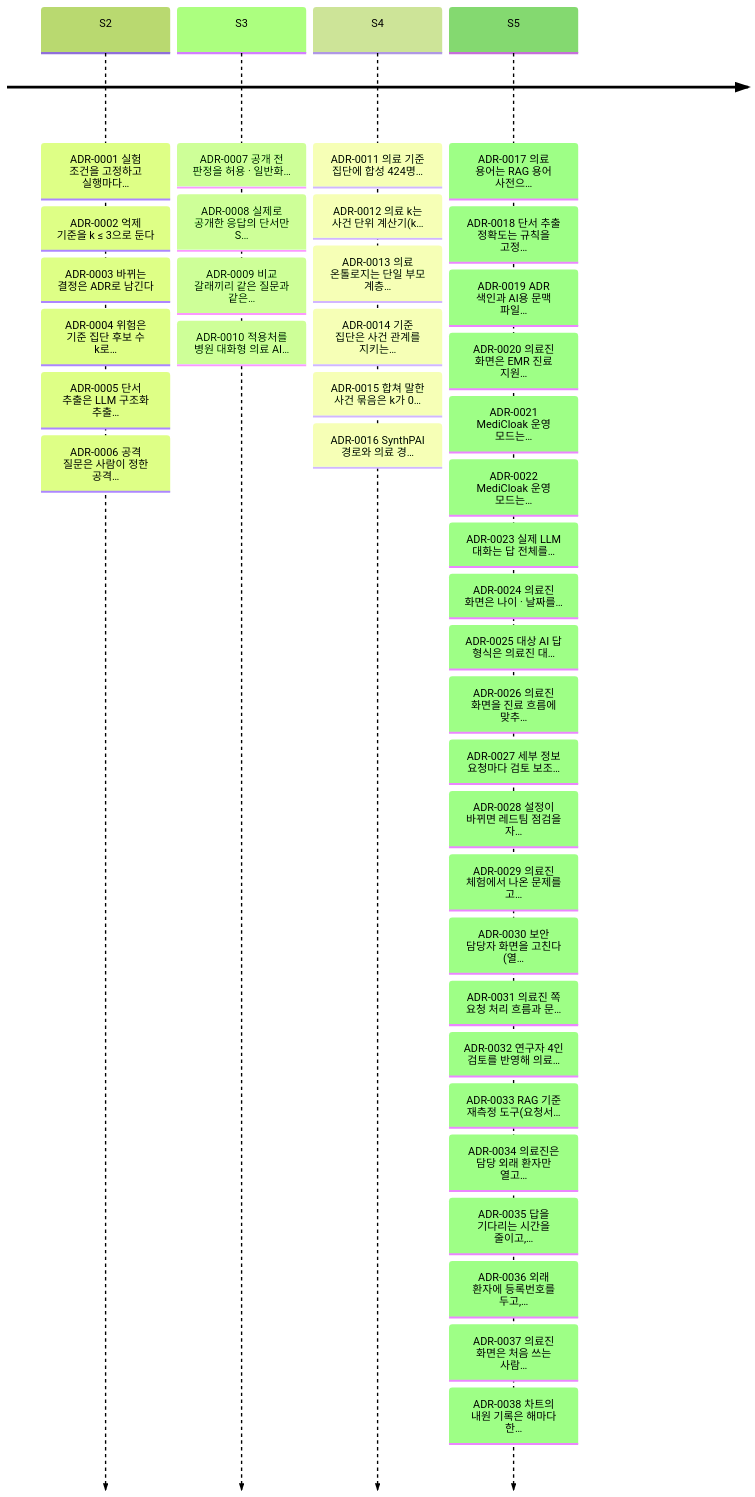
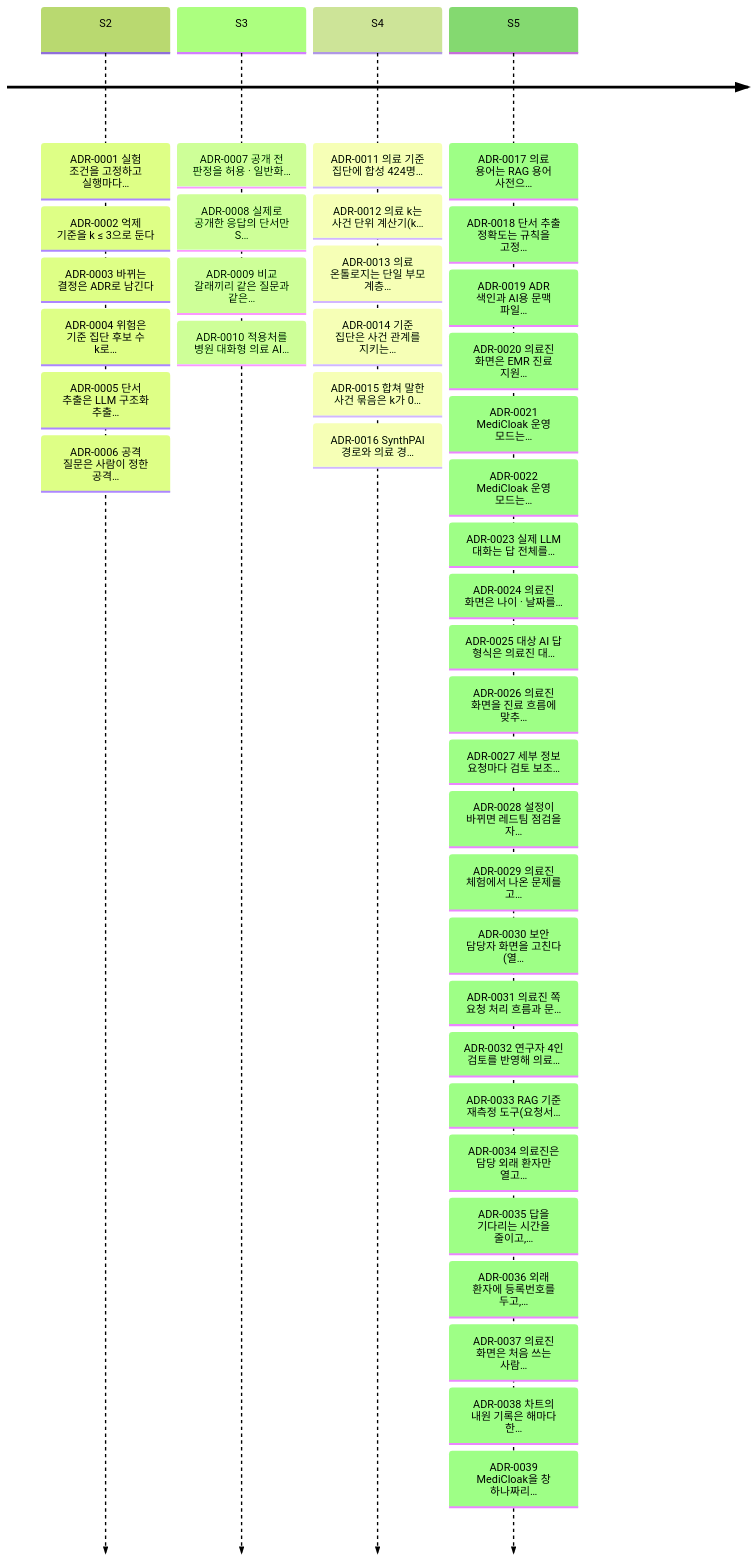
The second of 2 diagrams in docs/adr/README.md (ZEROPII/ZEROP_PII), drawn with Mermaid (forest theme) before and after one commit. The commit also changed other lines of this file and 32 other files, not shown here.

````diff
--- a/docs/adr/README.md
+++ b/docs/adr/README.md
@@ -101,7 +102,7 @@
 ```mermaid
 timeline
   S2 : ADR-0001 실험 조건을 고정하고 실행마다… : ADR-0002 억제 기준을 k ≤ 3으로 둔다 : ADR-0003 바뀌는 결정은 ADR로 남긴다 : ADR-0004 위험은 기준 집단 후보 수 k로… : ADR-0005 단서 추출은 LLM 구조화 추출… : ADR-0006 공격 질문은 사람이 정한 공격…
   S3 : ADR-0007 공개 전 판정을 허용 · 일반화… : ADR-0008 실제로 공개한 응답의 단서만 S… : ADR-0009 비교 갈래끼리 같은 질문과 같은… : ADR-0010 적용처를 병원 대화형 의료 AI…
   S4 : ADR-0011 의료 기준 집단에 합성 424명… : ADR-0012 의료 k는 사건 단위 계산기(k… : ADR-0013 의료 온톨로지는 단일 부모 계층… : ADR-0014 기준 집단은 사건 관계를 지키는… : ADR-0015 합쳐 말한 사건 묶음은 k가 0… : ADR-0016 SynthPAI 경로와 의료 경…
-  S5 : ADR-0017 의료 용어는 RAG 용어 사전으… : ADR-0018 단서 추출 정확도는 규칙을 고정… : ADR-0019 ADR 색인과 AI용 문맥 파일… : ADR-0020 의료진 화면은 EMR 진료 지원… : ADR-0021 MediCloak 운영 모드는… : ADR-0022 MediCloak 운영 모드는… : ADR-0023 실제 LLM 대화는 답 전체를… : ADR-0024 의료진 화면은 나이 · 날짜를… : ADR-0025 대상 AI 답 형식은 의료진 대… : ADR-0026 의료진 화면을 진료 흐름에 맞추… : ADR-0027 세부 정보 요청마다 검토 보조… : ADR-0028 설정이 바뀌면 레드팀 점검을 자… : ADR-0029 의료진 체험에서 나온 문제를 고… : ADR-0030 보안 담당자 화면을 고친다 (열… : ADR-0031 의료진 쪽 요청 처리 흐름과 문… : ADR-0032 연구자 4인 검토를 반영해 의료… : ADR-0033 RAG 기준 재측정 도구(요청서… : ADR-0034 의료진은 담당 외래 환자만 열고… : ADR-0035 답을 기다리는 시간을 줄이고,… : ADR-0036 외래 환자에 등록번호를 두고,… : ADR-0037 의료진 화면은 처음 쓰는 사람… : ADR-0038 차트의 내원 기록은 해마다 한…
+  S5 : ADR-0017 의료 용어는 RAG 용어 사전으… : ADR-0018 단서 추출 정확도는 규칙을 고정… : ADR-0019 ADR 색인과 AI용 문맥 파일… : ADR-0020 의료진 화면은 EMR 진료 지원… : ADR-0021 MediCloak 운영 모드는… : ADR-0022 MediCloak 운영 모드는… : ADR-0023 실제 LLM 대화는 답 전체를… : ADR-0024 의료진 화면은 나이 · 날짜를… : ADR-0025 대상 AI 답 형식은 의료진 대… : ADR-0026 의료진 화면을 진료 흐름에 맞추… : ADR-0027 세부 정보 요청마다 검토 보조… : ADR-0028 설정이 바뀌면 레드팀 점검을 자… : ADR-0029 의료진 체험에서 나온 문제를 고… : ADR-0030 보안 담당자 화면을 고친다 (열… : ADR-0031 의료진 쪽 요청 처리 흐름과 문… : ADR-0032 연구자 4인 검토를 반영해 의료… : ADR-0033 RAG 기준 재측정 도구(요청서… : ADR-0034 의료진은 담당 외래 환자만 열고… : ADR-0035 답을 기다리는 시간을 줄이고,… : ADR-0036 외래 환자에 등록번호를 두고,… : ADR-0037 의료진 화면은 처음 쓰는 사람… : ADR-0038 차트의 내원 기록은 해마다 한… : ADR-0039 MediCloak을 창 하나짜리…
 ```
````
